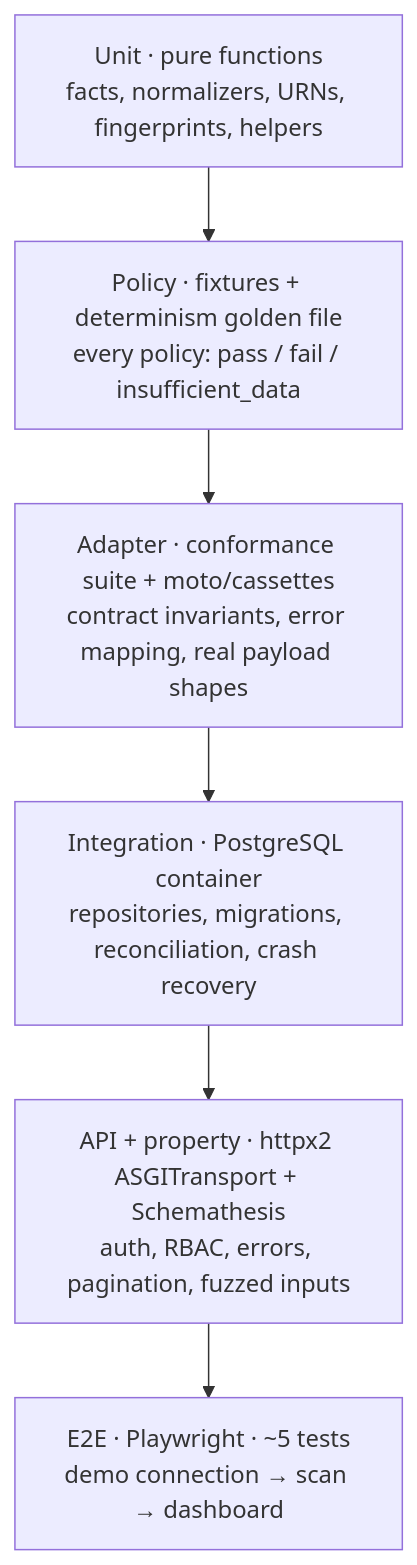
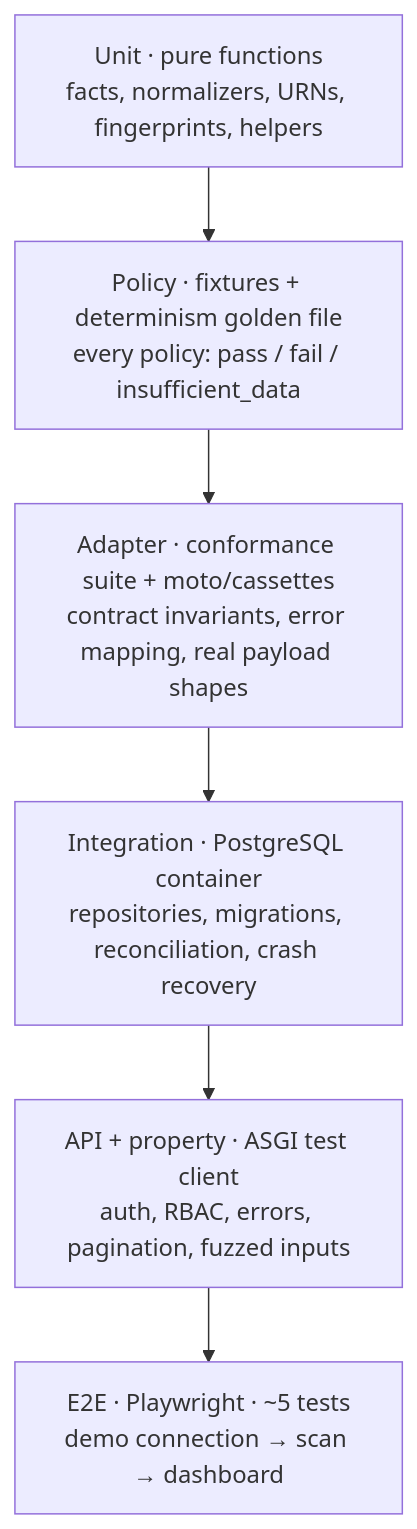
Before and after one commit to oborges/MultiCloudShield: the diagram in docs/architecture/testing-strategy.md, drawn with Mermaid. The commit also changed other lines of this file and 25 other files, not shown here.

````diff
--- a/docs/architecture/testing-strategy.md
+++ b/docs/architecture/testing-strategy.md
@@ -17,11 +17,11 @@
 ```mermaid
 flowchart TB
     E2E["E2E · Playwright · ~5 tests<br/>demo connection → scan → dashboard"]
-    API["API + property · httpx2 ASGITransport + Schemathesis<br/>auth, RBAC, errors, pagination, fuzzed inputs"]
+    API["API + property · ASGI test client<br/>auth, RBAC, errors, pagination, fuzzed inputs"]
     INT["Integration · PostgreSQL container<br/>repositories, migrations, reconciliation, crash recovery"]
     ADP["Adapter · conformance suite + moto/cassettes<br/>contract invariants, error mapping, real payload shapes"]
     POL["Policy · fixtures + determinism golden file<br/>every policy: pass / fail / insufficient_data"]
     UNIT["Unit · pure functions<br/>facts, normalizers, URNs, fingerprints, helpers"]
 
     UNIT --> POL --> ADP --> INT --> API --> E2E
 ```
````
